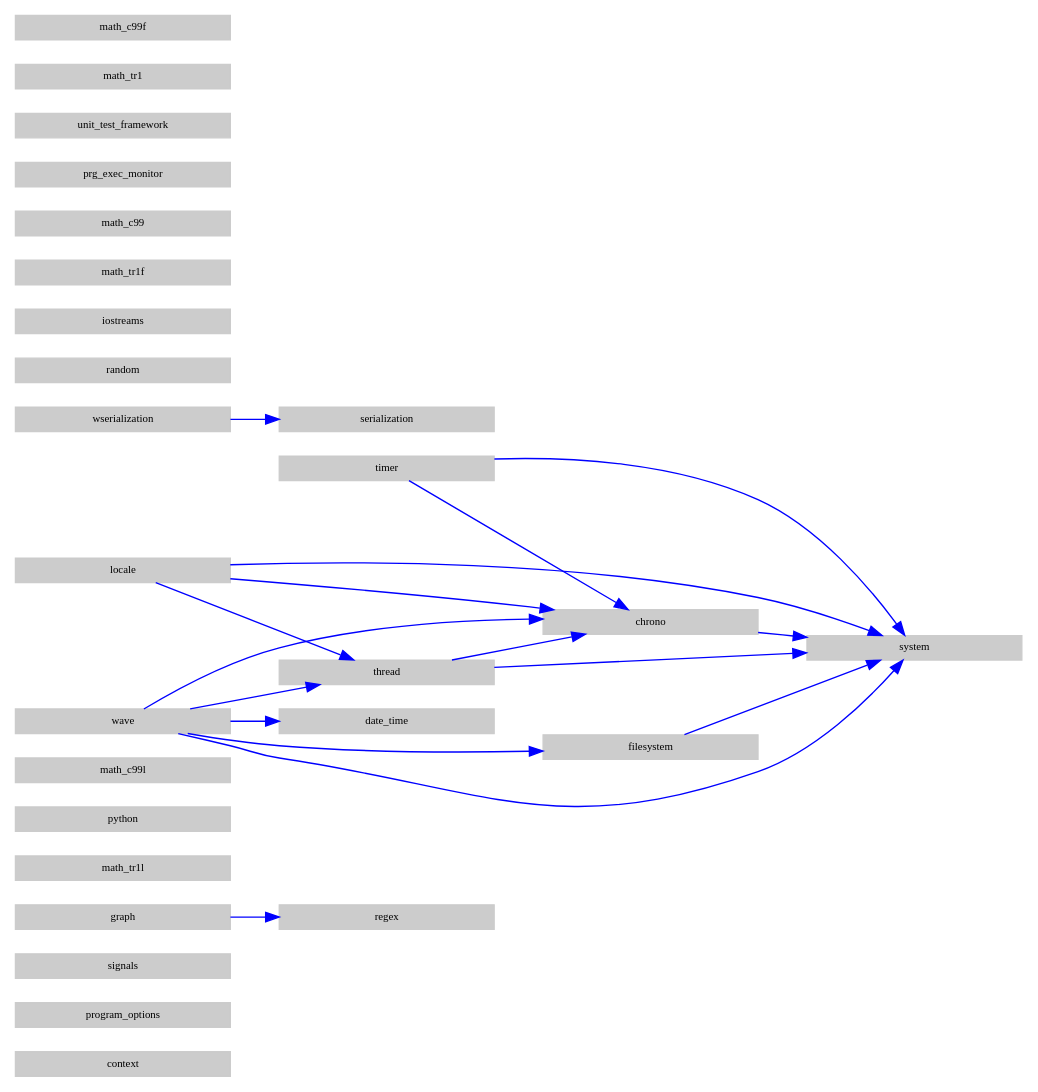
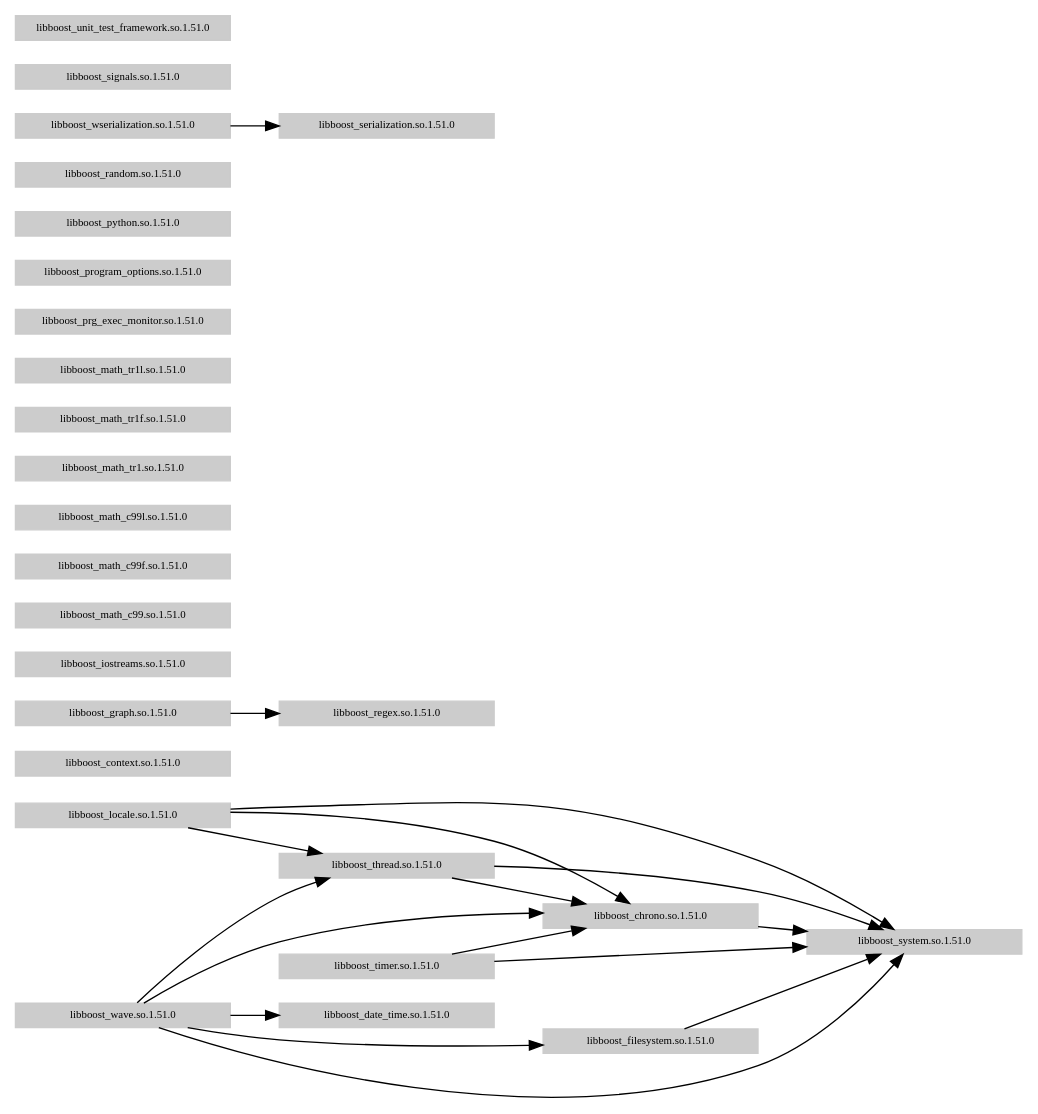
Before and after one commit to mbohun/mbohun_graph-experiments: the diagram in boost-dep-tree.dot, drawn with Graphviz.

Commit message:
added separate node attr setup

```diff
--- a/boost-dep-tree.dot
+++ b/boost-dep-tree.dot
@@ -1,102 +1,109 @@
 /*
 
 martin@yobbo:/usr/local/boost_1_51_0/lib$ find -P ./ -type f -name "*.so*" | xargs ldd | grep boost|sed -e "s/://g" -e "s/ => not found//g"
 ./libboost_context.so.1.51.0
 ./libboost_program_options.so.1.51.0
 ./libboost_signals.so.1.51.0
 ./libboost_regex.so.1.51.0
 ./libboost_math_tr1l.so.1.51.0
 ./libboost_graph.so.1.51.0
         libboost_regex.so.1.51.0
 ./libboost_python.so.1.51.0
 ./libboost_math_c99l.so.1.51.0
 ./libboost_system.so.1.51.0
 ./libboost_serialization.so.1.51.0
 ./libboost_random.so.1.51.0
 ./libboost_iostreams.so.1.51.0
 ./libboost_chrono.so.1.51.0
         libboost_system.so.1.51.0
 ./libboost_timer.so.1.51.0
         libboost_chrono.so.1.51.0
         libboost_system.so.1.51.0
 ./libboost_thread.so.1.51.0
         libboost_chrono.so.1.51.0
         libboost_system.so.1.51.0
 ./libboost_filesystem.so.1.51.0
         libboost_system.so.1.51.0
 ./libboost_date_time.so.1.51.0
 ./libboost_math_tr1f.so.1.51.0
 ./libboost_math_c99.so.1.51.0
 ./libboost_prg_exec_monitor.so.1.51.0
 ./libboost_unit_test_framework.so.1.51.0
 ./libboost_locale.so.1.51.0
         libboost_thread.so.1.51.0
         libboost_chrono.so.1.51.0
         libboost_system.so.1.51.0
 ./libboost_math_tr1.so.1.51.0
 ./libboost_wave.so.1.51.0
         libboost_date_time.so.1.51.0
         libboost_thread.so.1.51.0
         libboost_chrono.so.1.51.0
         libboost_filesystem.so.1.51.0
         libboost_system.so.1.51.0
 ./libboost_math_c99f.so.1.51.0
 ./libboost_wserialization.so.1.51.0
         libboost_serialization.so.1.51.0
 
 dot -Tsvg boost-dep-tree.dot -o boost-dep-tree.dot.svg
 
 http://users.on.net/~mbohun/src/boost-dep-tree.dot.svg
 
 */
 
 digraph boost {
 	rankdir=LR;
 
 	node [shape=box,
 	      style=filled,
 	      fillcolor=gray80,
 	      color=gray80,
 	      fixedsize=true,
 	      height=0.25,
 	      width=2.2,
 	      fontcolor=black,
 	      fontsize=8];
 
-	edge [color=blue, arrowhead=normal, arrowsize=1];
+	chrono              [ label="libboost_chrono.so.1.51.0" ];
+	context             [ label="libboost_context.so.1.51.0" ];
+	date_time           [ label="libboost_date_time.so.1.51.0" ];
+	filesystem          [ label="libboost_filesystem.so.1.51.0" ];
+	grap                [ label="libboost_graph.so.1.51.0" ];
+	iostreams           [ label="libboost_iostreams.so.1.51.0" ];
+	locale              [ label="libboost_locale.so.1.51.0" ];
+	math_c99            [ label="libboost_math_c99.so.1.51.0" ];
+	math_c99f           [ label="libboost_math_c99f.so.1.51.0" ];
+	math_c99l           [ label="libboost_math_c99l.so.1.51.0" ];
+	math_tr1            [ label="libboost_math_tr1.so.1.51.0" ];
+	math_tr1f           [ label="libboost_math_tr1f.so.1.51.0" ];
+	math_tr1l           [ label="libboost_math_tr1l.so.1.51.0" ];
+	prg_exec_monitor    [ label="libboost_prg_exec_monitor.so.1.51.0" ];
+	program_options     [ label="libboost_program_options.so.1.51.0" ];
+	python              [ label="libboost_python.so.1.51.0" ];
+	random              [ label="libboost_random.so.1.51.0" ];
+	regex               [ label="libboost_regex.so.1.51.0" ];
+	serialization       [ label="libboost_serialization.so.1.51.0" ];
+	signals             [ label="libboost_signals.so.1.51.0" ];
+	system              [ label="libboost_system.so.1.51.0" ];  
+	thread              [ label="libboost_thread.so.1.51.0" ];
+	timer               [ label="libboost_timer.so.1.51.0" ];
+	unit_test_framework [ label="libboost_unit_test_framework.so.1.51.0" ];
+	wave                [ label="libboost_wave.so.1.51.0" ];
+	wserialization      [ label="libboost_wserialization.so.1.51.0" ];
 
-	"context"
-	"program_options"
-	"signals"
-	"regex"
-        "math_tr1l"
-	"graph"               -> "regex"
-	"python"
-	"math_c99l"
-	"system"
-	"serialization"
-	"random"
-	"iostreams"
-	"chrono"              -> "system"
-	"timer"               -> "chrono"
-	"timer"               -> "system"	
-	"thread"              -> "chrono"
-	"thread"              -> "system"	
-	"filesystem"          -> "system"
-	"date_time"
-	"math_tr1f"
-	"math_c99"
-	"prg_exec_monitor"
-	"unit_test_framework"
-	"locale"              -> "thread"
-	"locale"              -> "chrono"
-	"locale"              -> "system"	
-	"math_tr1"
-	"wave"                -> "date_time"
-	"wave"                -> "thread"
-	"wave"                -> "chrono"
-	"wave"                -> "filesystem"
-	"wave"                -> "system"	
-	"math_c99f"
-	"wserialization"      -> "serialization"
+	chrono              -> system;
+	filesystem          -> system;
+	grap                -> regex;
+	locale              -> chrono;
+	locale              -> system;	
+	locale              -> thread;
+	thread              -> chrono;
+	thread              -> system;	
+	timer               -> chrono;
+	timer               -> system;	
+	wave                -> chrono;
+	wave                -> date_time;
+	wave                -> filesystem;
+	wave                -> system;
+	wave                -> thread;
+	wserialization      -> serialization;
 }
```
